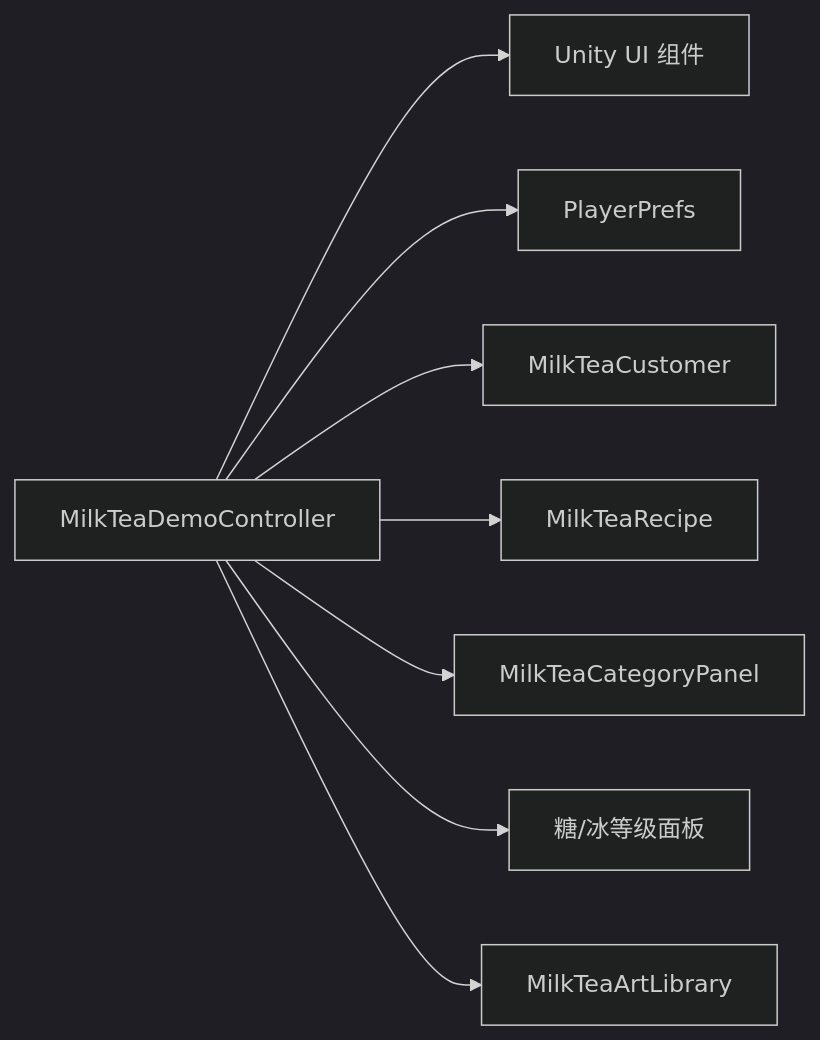
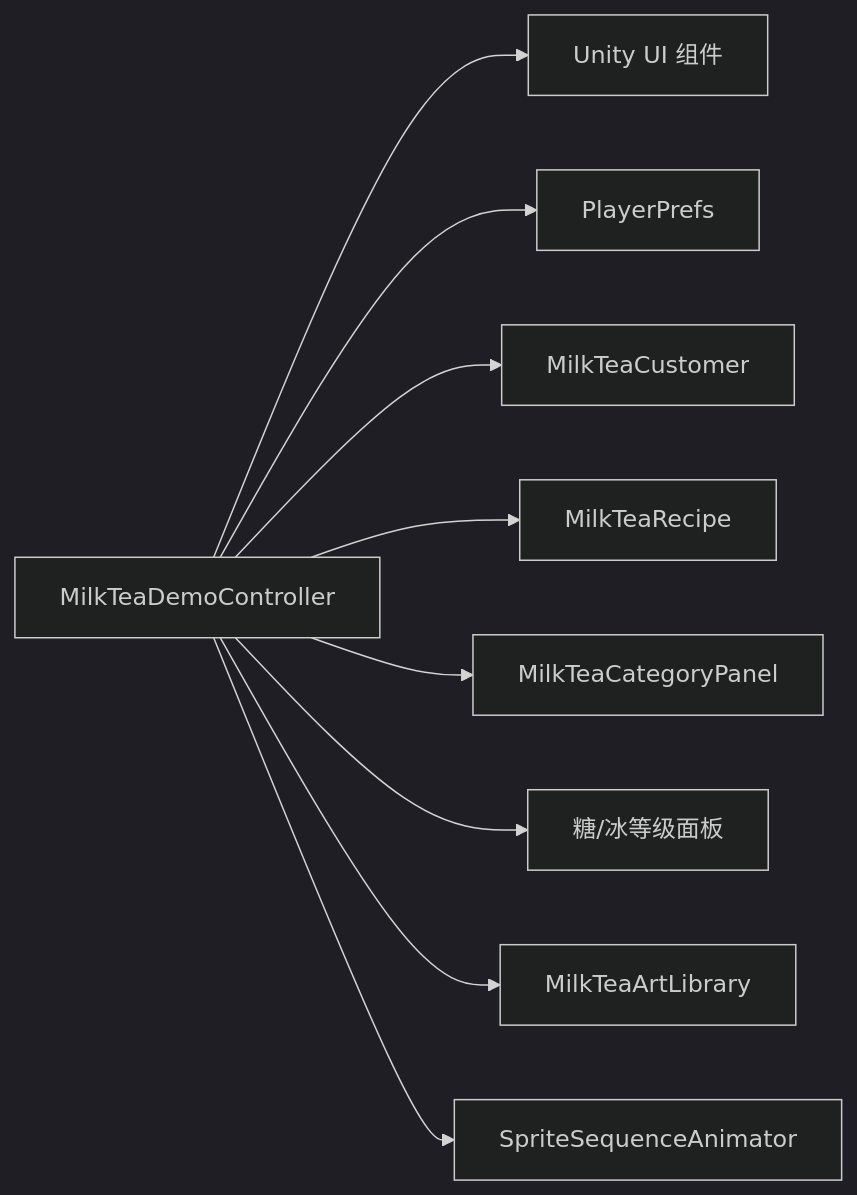
One commit to Thanatos42/-demo changed the tenth of 10 diagrams in .qoder/repowiki/zh/content/原料管理机制.md. Above: the diagram before and after it, drawn with Mermaid (dark theme). The commit also changed other lines of this file and 56 other files, not shown here.

````diff
--- a/.qoder/repowiki/zh/content/原料管理机制.md
+++ b/.qoder/repowiki/zh/content/原料管理机制.md
@@ -364,10 +436,11 @@
 ```mermaid
 graph LR
 Controller["MilkTeaDemoController"] --> UI["Unity UI 组件"]
 Controller --> Storage["PlayerPrefs"]
 Controller --> Customer["MilkTeaCustomer"]
 Controller --> Recipe["MilkTeaRecipe"]
 Controller --> Category["MilkTeaCategoryPanel"]
 Controller --> Levels["糖/冰等级面板"]
 Controller --> ArtLibrary["MilkTeaArtLibrary"]
+Controller --> Animator["SpriteSequenceAnimator"]
 ```
````
